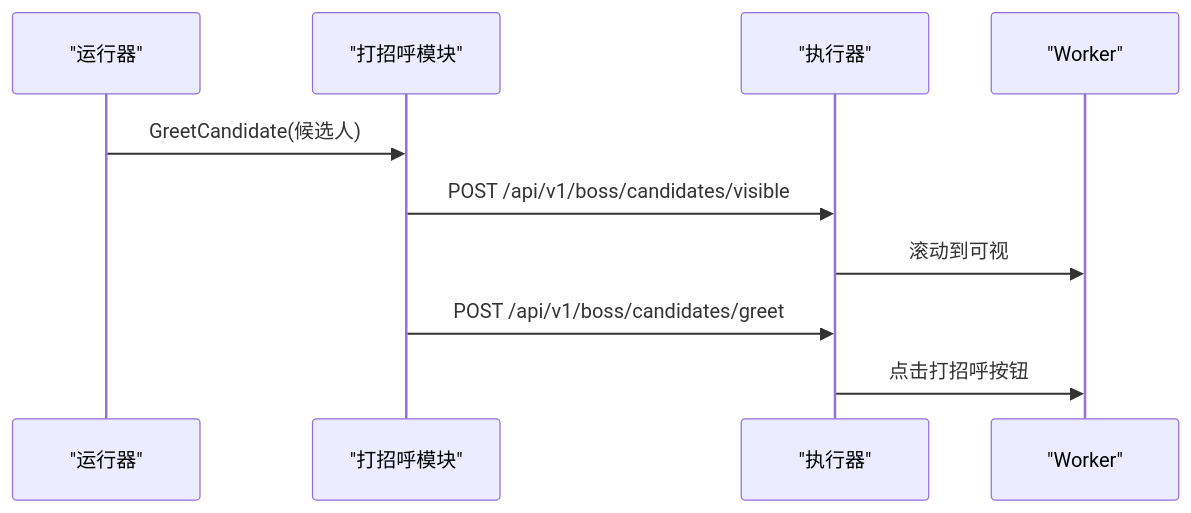
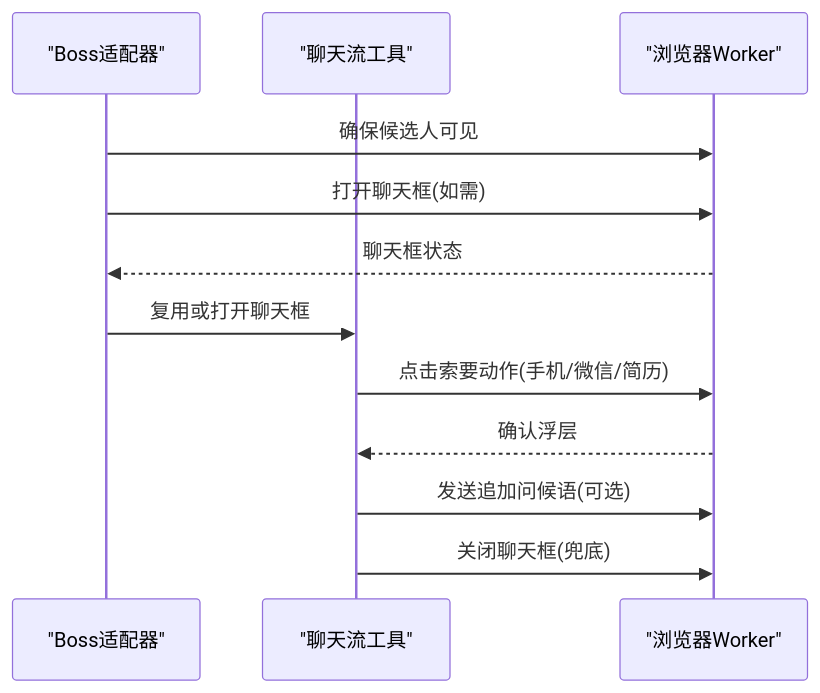
The seventh of 8 diagrams in .qoder/repowiki/zh/content/本地执行器/平台适配器/Boss直聘适配器/Boss直聘适配器.md (alvinwangzi/goodhr), drawn with Mermaid before and after one commit. The commit also changed other lines of this file and 149 other files, not shown here.

````diff
--- a/.qoder/repowiki/zh/content/本地执行器/平台适配器/Boss直聘适配器/Boss直聘适配器.md
+++ b/.qoder/repowiki/zh/content/本地执行器/平台适配器/Boss直聘适配器/Boss直聘适配器.md
@@ -271,12 +312,14 @@
 ```mermaid
 sequenceDiagram
-participant R as "运行器"
-participant G as "打招呼模块"
-participant E as "执行器"
-participant W as "Worker"
-R->>G : GreetCandidate(候选人)
-G->>E : POST /api/v1/boss/candidates/visible
-E->>W : 滚动到可视
-G->>E : POST /api/v1/boss/candidates/greet
-E->>W : 点击打招呼按钮
+participant Boss as "Boss适配器"
+participant ChatFlow as "聊天流工具"
+participant Worker as "浏览器Worker"
+Boss->>Worker : 确保候选人可见
+Boss->>Worker : 打开聊天框(如需)
+Worker-->>Boss : 聊天框状态
+Boss->>ChatFlow : 复用或打开聊天框
+ChatFlow->>Worker : 点击索要动作(手机/微信/简历)
+Worker-->>ChatFlow : 确认浮层
+ChatFlow->>Worker : 发送追加问候语(可选)
+ChatFlow->>Worker : 关闭聊天框(兜底)
 ```
````
